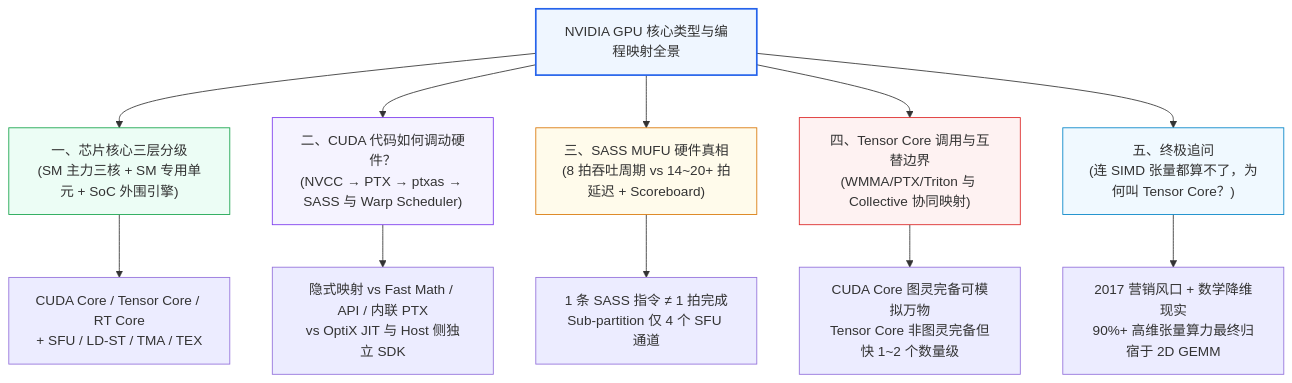
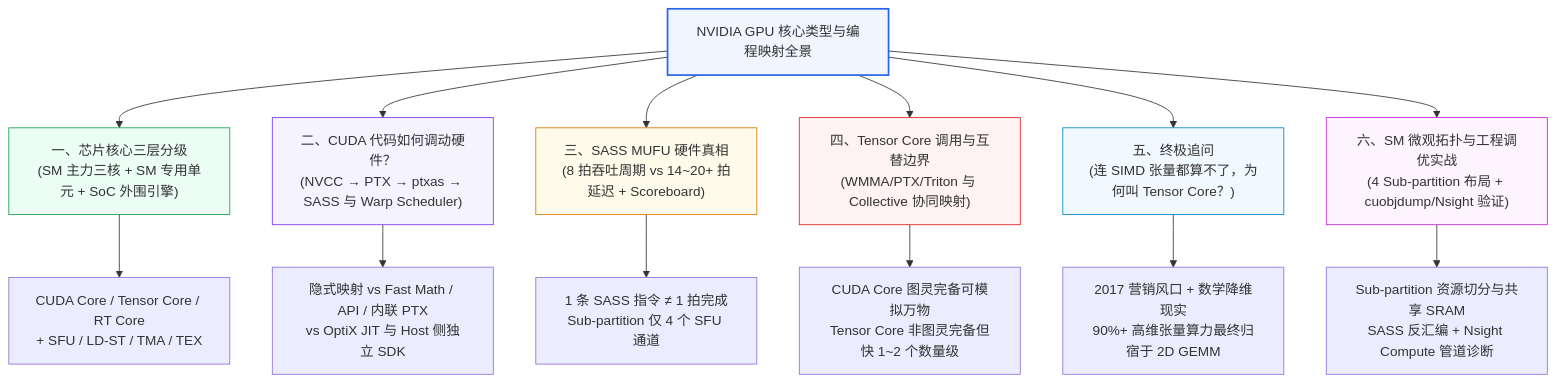
One commit to hqu-little-boy/blog changed the first of 9 diagrams in src/content/posts/gpu-heterogeneous-cores-programming-and-tensor-core-architecture-guide.md. Above: the diagram before and after it, drawn with Mermaid. The commit also changed other lines of this file, not shown here.

Commit message:
docs: 补充 SM 微观拓扑、cuobjdump/Nsight Compute 实战验证与核心选型决策树

````diff
--- a/src/content/posts/gpu-heterogeneous-cores-programming-and-tensor-core-architecture-guide.md
+++ b/src/content/posts/gpu-heterogeneous-cores-programming-and-tensor-core-architecture-guide.md
@@ -55,21 +55,24 @@
 ```mermaid
 flowchart TD
     Root["NVIDIA GPU 核心类型与编程映射全景"] --> L1["一、芯片核心三层分级<br/>(SM 主力三核 + SM 专用单元 + SoC 外围引擎)"]
     Root --> L2["二、CUDA 代码如何调动硬件？<br/>(NVCC → PTX → ptxas → SASS 与 Warp Scheduler)"]
     Root --> L3["三、SASS MUFU 硬件真相<br/>(8 拍吞吐周期 vs 14~20+ 拍延迟 + Scoreboard)"]
     Root --> L4["四、Tensor Core 调用与互替边界<br/>(WMMA/PTX/Triton 与 Collective 协同映射)"]
     Root --> L5["五、终极追问<br/>(连 SIMD 张量都算不了，为何叫 Tensor Core？)"]
+    Root --> L6["六、SM 微观拓扑与工程调优实战<br/>(4 Sub-partition 布局 + cuobjdump/Nsight 验证)"]
 
     L1 --> L1A["CUDA Core / Tensor Core / RT Core<br/>+ SFU / LD-ST / TMA / TEX"]
     L2 --> L2A["隐式映射 vs Fast Math / API / 内联 PTX<br/>vs OptiX JIT 与 Host 侧独立 SDK"]
     L3 --> L3A["1 条 SASS 指令 ≠ 1 拍完成<br/>Sub-partition 仅 4 个 SFU 通道"]
     L4 --> L4A["CUDA Core 图灵完备可模拟万物<br/>Tensor Core 非图灵完备但快 1~2 个数量级"]
     L5 --> L5A["2017 营销风口 + 数学降维现实<br/>90%+ 高维张量算力最终归宿于 2D GEMM"]
+    L6 --> L6A["Sub-partition 资源切分与共享 SRAM<br/>SASS 反汇编 + Nsight Compute 管道诊断"]
 
     style Root fill:#eff6ff,stroke:#2563eb,stroke-width:2px
     style L1 fill:#ecfdf5,stroke:#16a34a
     style L2 fill:#f5f3ff,stroke:#7c3aed
     style L3 fill:#fffbeb,stroke:#d97706
     style L4 fill:#fef2f2,stroke:#dc2626
     style L5 fill:#f0f9ff,stroke:#0284c7
+    style L6 fill:#fdf4ff,stroke:#c026d3
 ```
````
